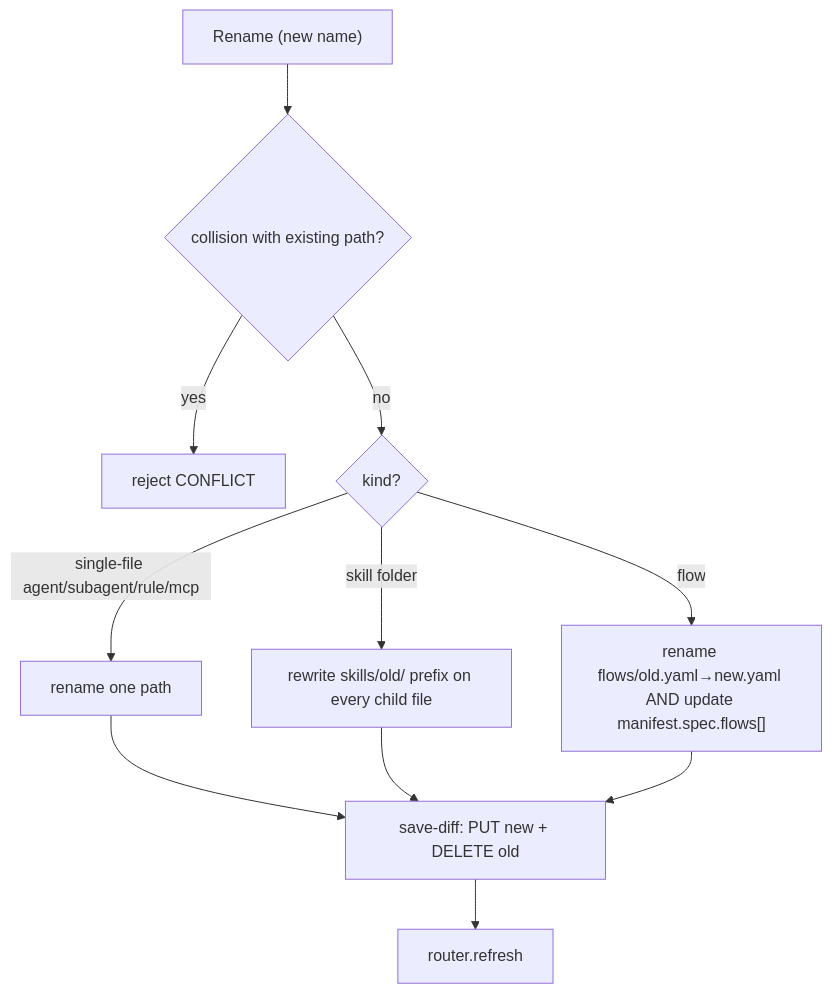
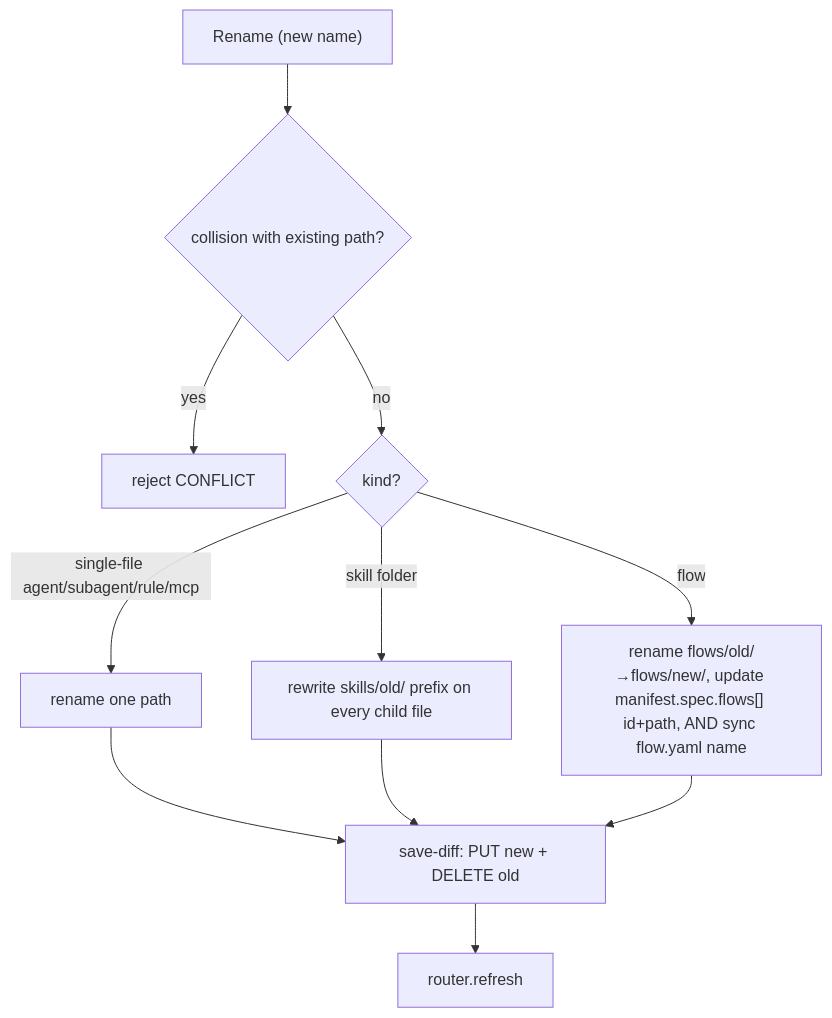
One commit to maister-dev/maister changed diagram 11 of 12 in docs/system-analytics/local-packages.md. Above: the diagram before and after it, drawn with Mermaid. The commit also changed other lines of this file and 18 other files, not shown here.

````diff
--- a/docs/system-analytics/local-packages.md
+++ b/docs/system-analytics/local-packages.md
@@ -461,12 +464,12 @@
 ```mermaid
 flowchart TD
     A["Rename <Kind> (new name)"] --> B{collision with existing path?}
     B -->|yes| C[reject CONFLICT]
     B -->|no| D{kind?}
     D -->|single-file agent/subagent/rule/mcp| E[rename one path]
     D -->|skill folder| F["rewrite skills/old/ prefix on every child file"]
-    D -->|flow| G["rename flows/old.yaml→new.yaml AND update manifest.spec.flows[]"]
+    D -->|flow| G["rename flows/old/→flows/new/, update manifest.spec.flows[] id+path, AND sync flow.yaml name"]
     E --> H[save-diff: PUT new + DELETE old] --> I[router.refresh]
     F --> H
     G --> H
 ```
````
